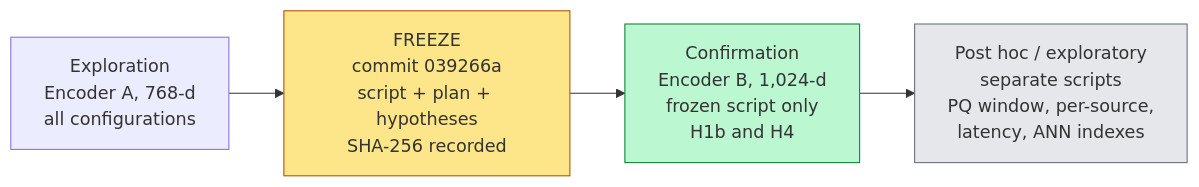
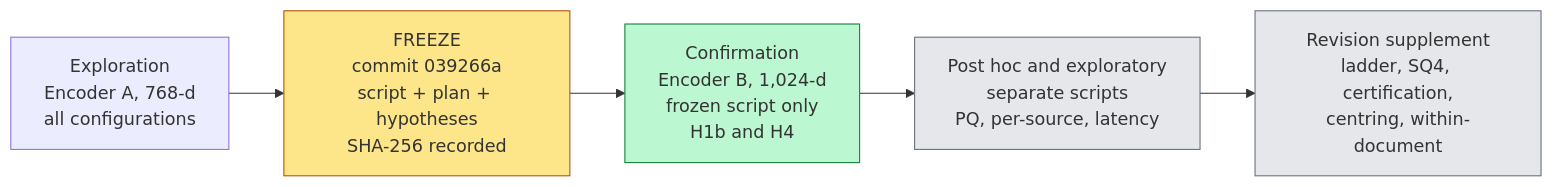
Before and after one commit to LEEYJ1021/compressed-retrieval-legal-prereg: the diagram in README.md, drawn with Mermaid. The commit also changed other lines of this file, not shown here.

````diff
--- a/README.md
+++ b/README.md
@@ -38,9 +44,11 @@
 ```mermaid
 flowchart LR
     A[Exploration<br/>Encoder A, 768-d<br/>all configurations] --> F[FREEZE<br/>commit 039266a<br/>script + plan + hypotheses<br/>SHA-256 recorded]
     F --> C[Confirmation<br/>Encoder B, 1,024-d<br/>frozen script only<br/>H1b and H4]
-    C --> P[Post hoc / exploratory<br/>separate scripts<br/>PQ window, per-source,<br/>latency, ANN indexes]
+    C --> P[Post hoc and exploratory<br/>separate scripts<br/>PQ, per-source, latency]
+    P --> X[Revision supplement<br/>ladder, SQ4, certification,<br/>centring, within-document]
     style F fill:#fde68a,stroke:#b45309
     style C fill:#bbf7d0,stroke:#15803d
     style P fill:#e5e7eb,stroke:#6b7280
+    style X fill:#e5e7eb,stroke:#6b7280
 ```
````
